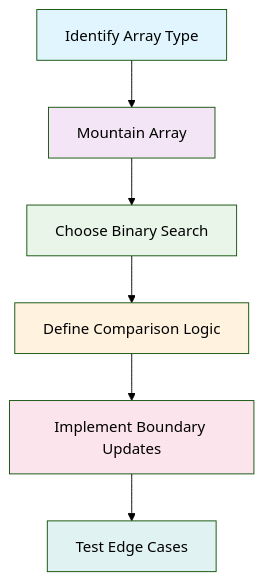
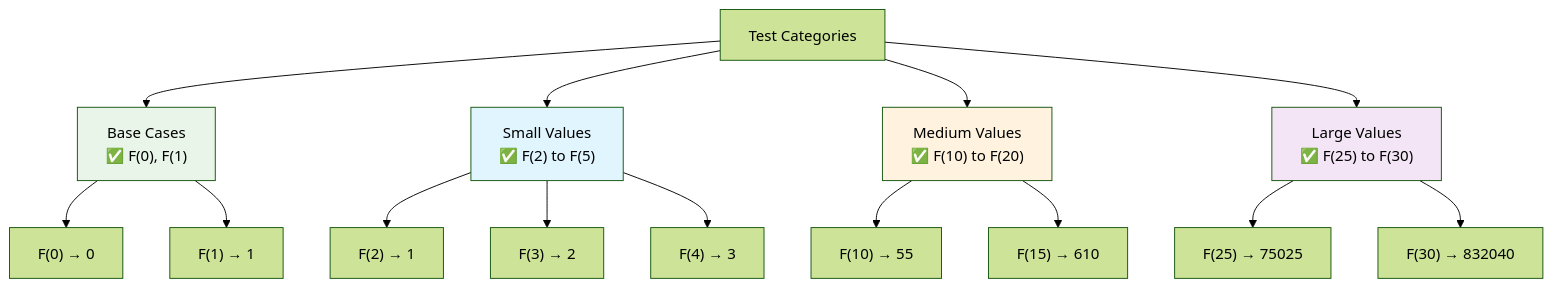
One commit to LuckyLongre123/README_RUNNER changed the ninth of 10 diagrams in README.md. Above: the diagram before and after it, drawn with Mermaid (forest theme). The commit also changed other lines of this file, not shown here.

````diff
--- a/README.md
+++ b/README.md
@@ -359,15 +268,25 @@
 ```mermaid
 flowchart TD
-    A["Identify Array Type"] --> B["Mountain Array"]
-    B --> C["Choose Binary Search"]
-    C --> D["Define Comparison Logic"]
-    D --> E["Implement Boundary Updates"]
-    E --> F["Test Edge Cases"]
+    A["Test Categories"] --> B["Base Cases<br/>✅ F(0), F(1)"]
+    A --> C["Small Values<br/>✅ F(2) to F(5)"]
+    A --> D["Medium Values<br/>✅ F(10) to F(20)"]
+    A --> E["Large Values<br/>✅ F(25) to F(30)"]
     
-    style A fill:#e1f5fe
-    style B fill:#f3e5f5
-    style C fill:#e8f5e8
+    B --> B1["F(0) → 0"]
+    B --> B2["F(1) → 1"]
+    
+    C --> C1["F(2) → 1"]
+    C --> C2["F(3) → 2"]
+    C --> C3["F(4) → 3"]
+    
+    D --> D1["F(10) → 55"]
+    D --> D2["F(15) → 610"]
+    
+    E --> E1["F(25) → 75025"]
+    E --> E2["F(30) → 832040"]
+    
+    style B fill:#e8f5e8
+    style C fill:#e1f5fe
     style D fill:#fff3e0
-    style E fill:#fce4ec
-    style F fill:#e0f2f1
+    style E fill:#f3e5f5
 ```
````
